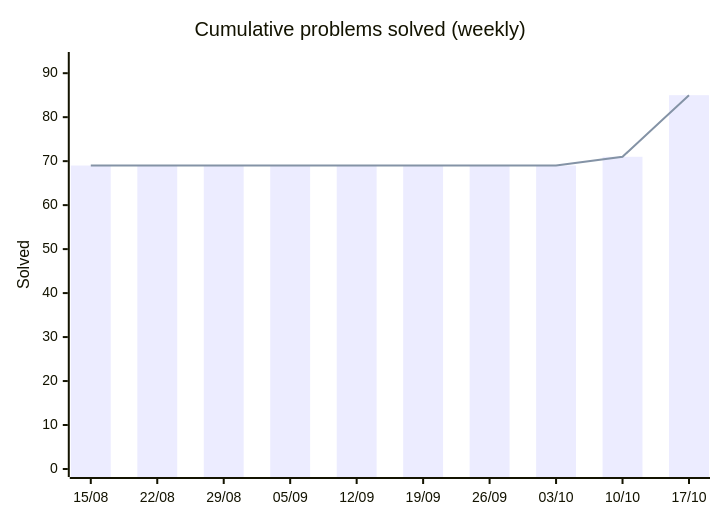
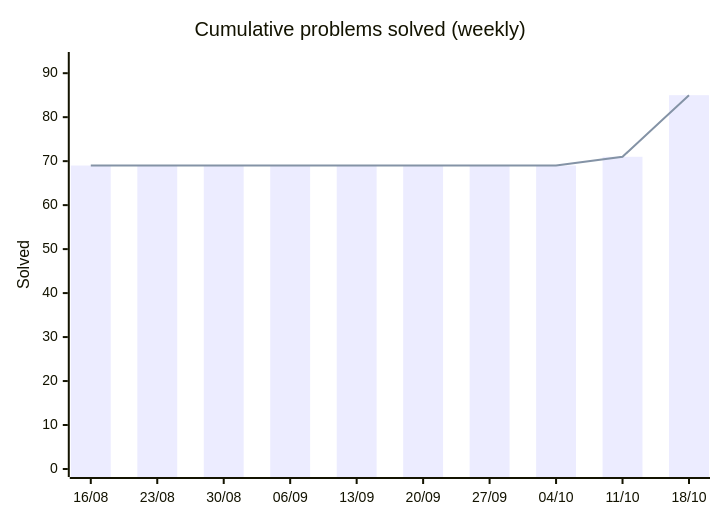
The first of 2 diagrams in README.md (HarryTrn/TensorTonic-Solutions), drawn with Mermaid before and after one commit. The commit also changed other lines of this file, not shown here.

Commit message:
docs: auto-update README [skip ci]

````diff
--- a/README.md
+++ b/README.md
@@ -65,8 +65,8 @@
 ```mermaid
 xychart-beta
     title "Cumulative problems solved (weekly)"
-    x-axis ["15/08", "22/08", "29/08", "05/09", "12/09", "19/09", "26/09", "03/10", "10/10", "17/10"]
+    x-axis ["16/08", "23/08", "30/08", "06/09", "13/09", "20/09", "27/09", "04/10", "11/10", "18/10"]
     y-axis "Solved" 0 --> 93
     bar [69, 69, 69, 69, 69, 69, 69, 69, 71, 85]
     line [69, 69, 69, 69, 69, 69, 69, 69, 71, 85]
 ```
````
